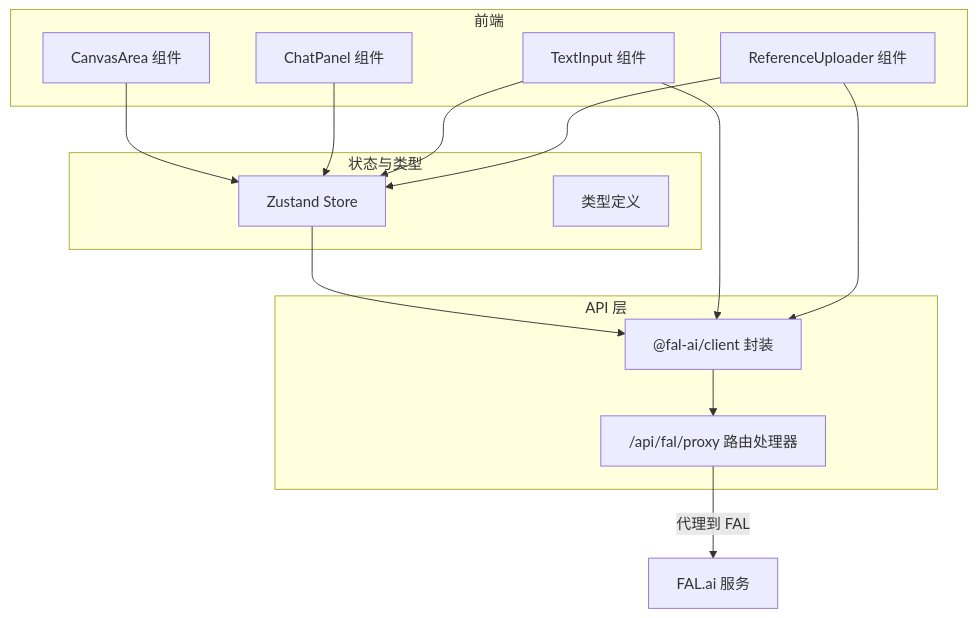
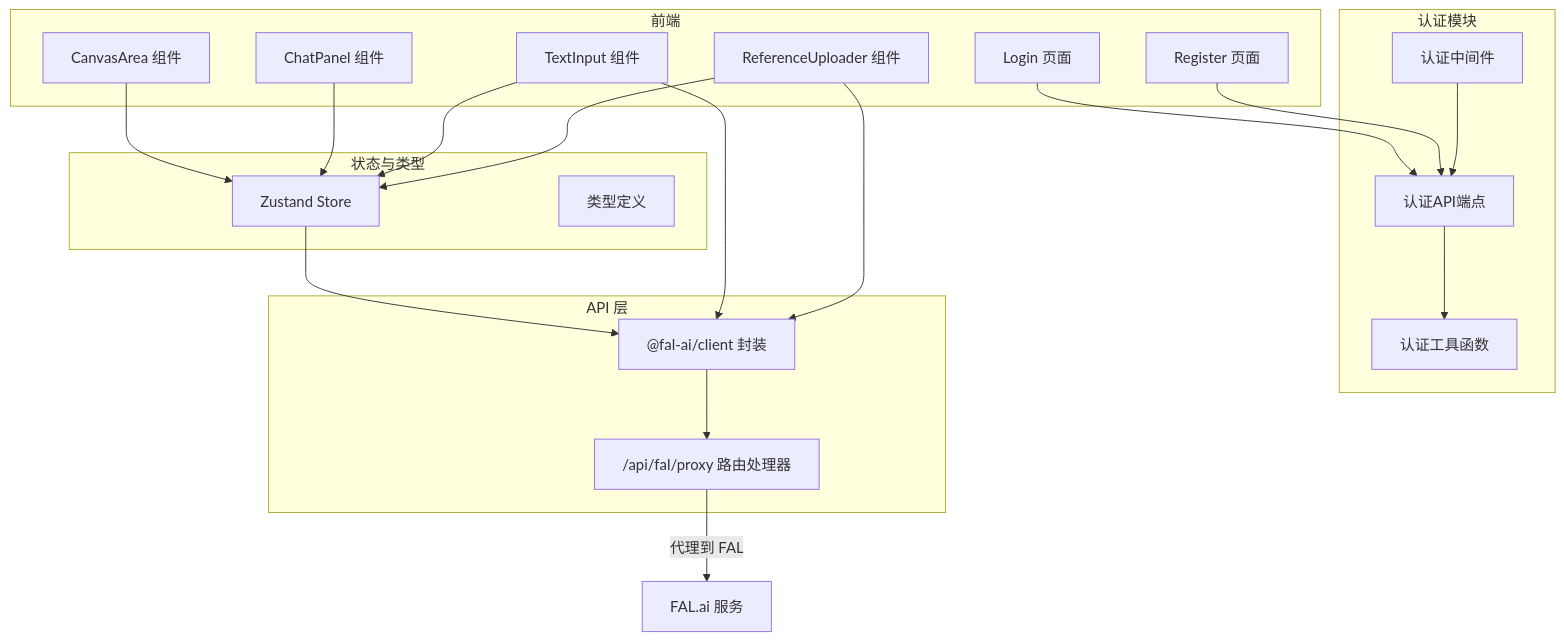
The first of 9 diagrams in .qoder/repowiki/zh/content/API 集成.md (billye220670/BananaFlow2), drawn with Mermaid before and after one commit. The commit also changed other lines of this file and 6 other files, not shown here.

````diff
--- a/.qoder/repowiki/zh/content/API 集成.md
+++ b/.qoder/repowiki/zh/content/API 集成.md
@@ -39,26 +53,37 @@
 ```mermaid
 graph TB
 subgraph "前端"
 UI_Canvas["CanvasArea 组件"]
 UI_Chat["ChatPanel 组件"]
 UI_Text["TextInput 组件"]
 UI_Uploader["ReferenceUploader 组件"]
+UI_Login["Login 页面"]
+UI_Register["Register 页面"]
+end
+subgraph "认证模块"
+Auth_Middleware["认证中间件"]
+Auth_API["认证API端点"]
+Auth_Utils["认证工具函数"]
 end
 subgraph "状态与类型"
 Store["Zustand Store"]
 Types["类型定义"]
 end
 subgraph "API 层"
 ProxyRoute["/api/fal/proxy 路由处理器"]
 FALClient["@fal-ai/client 封装"]
 end
+UI_Login --> Auth_API
+UI_Register --> Auth_API
 UI_Canvas --> Store
 UI_Chat --> Store
 UI_Text --> Store
 UI_Uploader --> Store
 Store --> FALClient
 UI_Text --> FALClient
 UI_Uploader --> FALClient
 FALClient --> ProxyRoute
 ProxyRoute --> |"代理到 FAL"| FAL["FAL.ai 服务"]
+Auth_API --> Auth_Utils
+Auth_Middleware --> Auth_API
 ```
````
